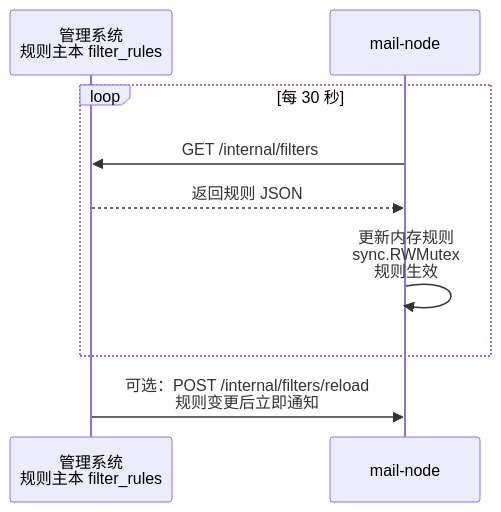
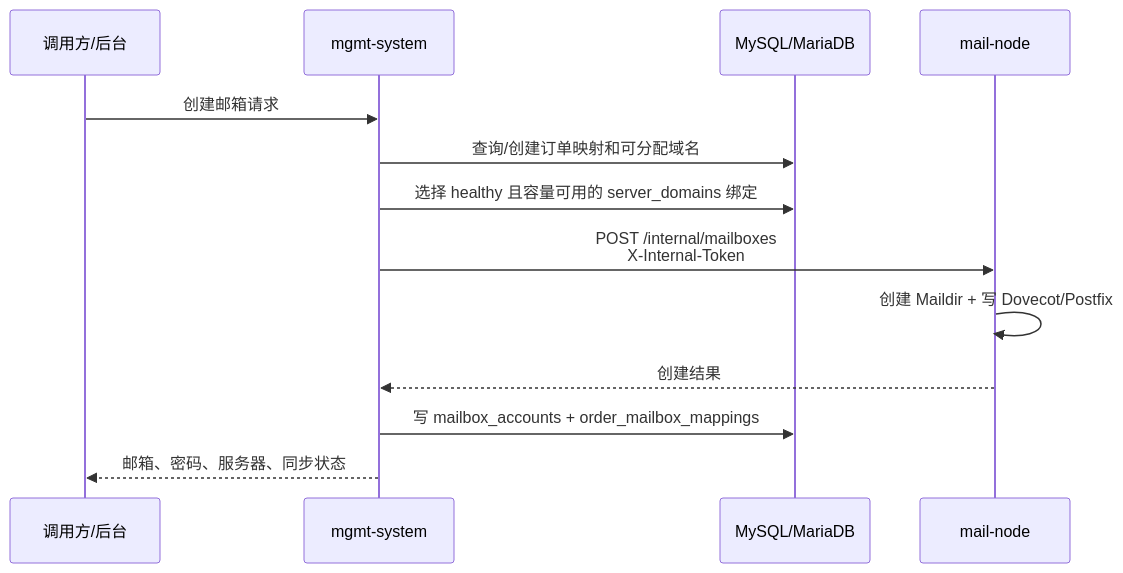
One commit to snowflake-yezi/MailHub changed the first of 4 diagrams in docs/design/technical-implementation.md. Above: the diagram before and after it, drawn with Mermaid. The commit also changed other lines of this file and 6 other files, not shown here.

````diff
--- a/docs/design/technical-implementation.md
+++ b/docs/design/technical-implementation.md
@@ -205,13 +97,16 @@
 ```mermaid
 sequenceDiagram
-    participant M as 管理系统<br/>规则主本 filter_rules
+    participant C as 调用方/后台
+    participant M as mgmt-system
+    participant DB as MySQL/MariaDB
     participant N as mail-node
 
-    loop 每 30 秒
-        N->>M: GET /internal/filters
-        M-->>N: 返回规则 JSON
-        N->>N: 更新内存规则<br/>sync.RWMutex<br/>规则生效
-    end
-
-    M->>N: 可选：POST /internal/filters/reload<br/>规则变更后立即通知
+    C->>M: 创建邮箱请求
+    M->>DB: 查询/创建订单映射和可分配域名
+    M->>DB: 选择 healthy 且容量可用的 server_domains 绑定
+    M->>N: POST /internal/mailboxes<br/>X-Internal-Token
+    N->>N: 创建 Maildir + 写 Dovecot/Postfix
+    N-->>M: 创建结果
+    M->>DB: 写 mailbox_accounts + order_mailbox_mappings
+    M-->>C: 邮箱、密码、服务器、同步状态
 ```
````
